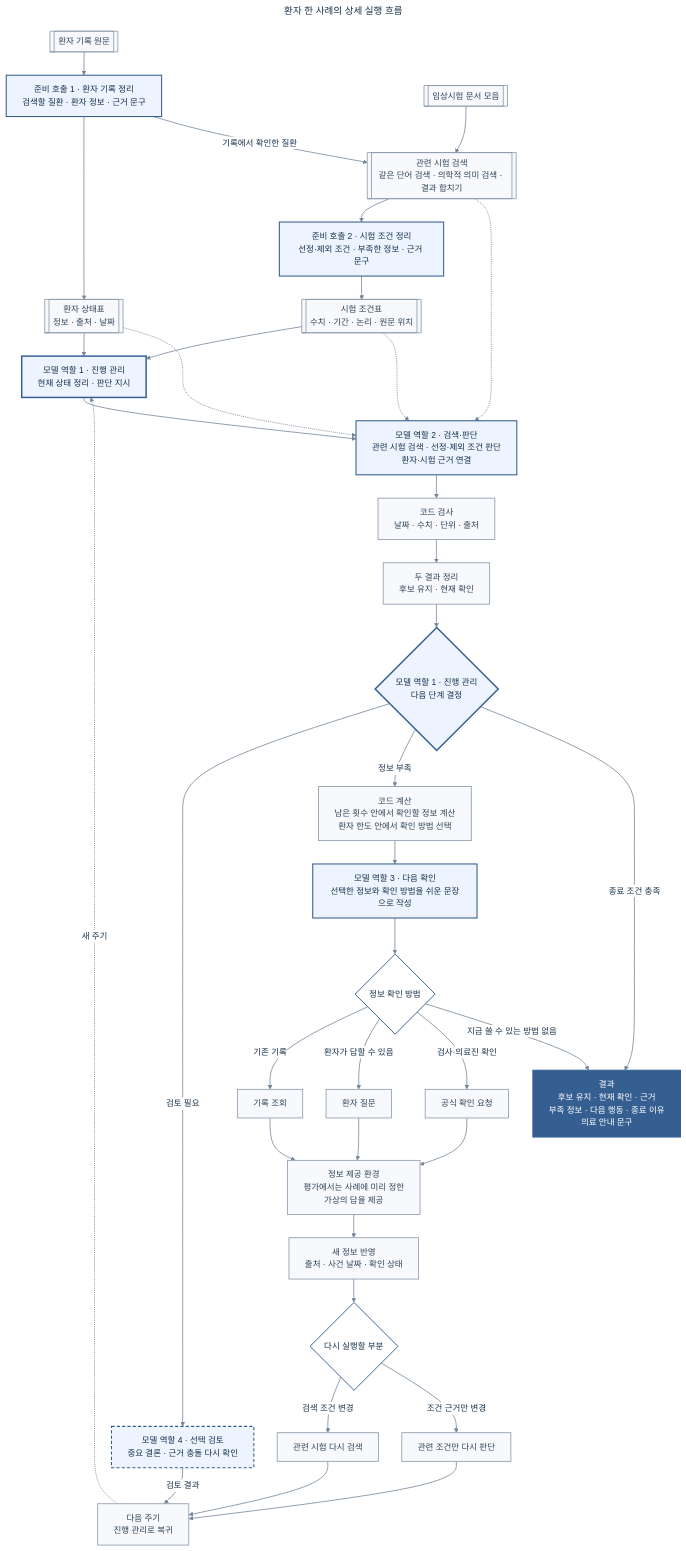
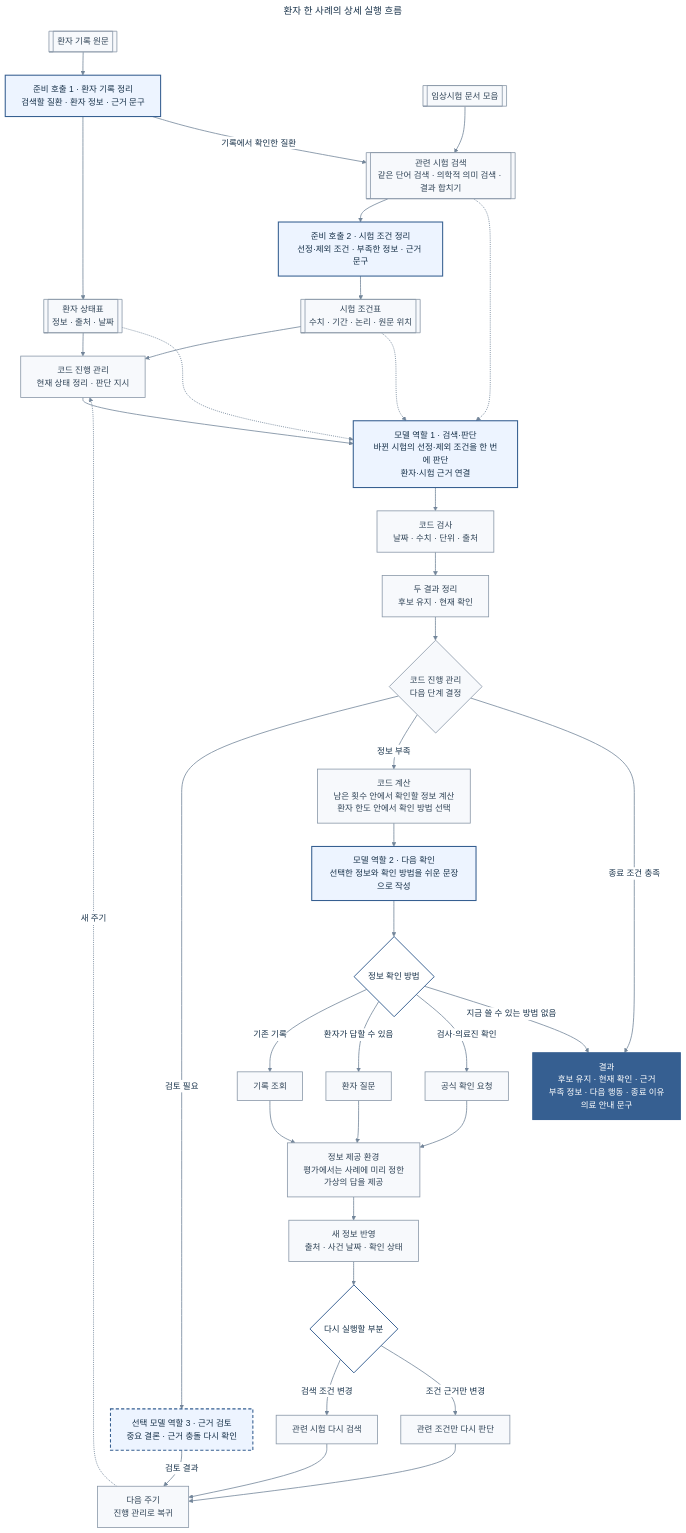
The diagram in docs/internal/diagrams/clarifytrial-detailed-workflow.mmd (health-agent/Clarifytrial), drawn with Mermaid before and after one commit. The commit also changed 39 other files, not shown here.

```diff
--- a/docs/internal/diagrams/clarifytrial-detailed-workflow.mmd
+++ b/docs/internal/diagrams/clarifytrial-detailed-workflow.mmd
@@ -1,99 +1,99 @@
 ---
 title: 환자 한 사례의 상세 실행 흐름
 config:
   theme: base
   flowchart:
     curve: basis
     nodeSpacing: 44
     rankSpacing: 44
     wrappingWidth: 250
   themeVariables:
     background: '#ffffff'
     primaryTextColor: '#18324a'
     lineColor: '#73869a'
     edgeLabelBackground: '#ffffff'
     fontFamily: 'Pretendard, Noto Sans KR, Malgun Gothic, sans-serif'
 ---
 flowchart TB
     PR[["환자 기록 원문"]]
     PS["준비 호출 1 · 환자 기록 정리<br/>검색할 질환 · 환자 정보 · 근거 문구"]
     P[["환자 상태표<br/>정보 · 출처 · 날짜"]]
     TC[["임상시험 문서 모음"]]
     R[["관련 시험 검색<br/>같은 단어 검색 · 의학적 의미 검색 · 결과 합치기"]]
     TS["준비 호출 2 · 시험 조건 정리<br/>선정·제외 조건 · 부족한 정보 · 근거 문구"]
     T[["시험 조건표<br/>수치 · 기간 · 논리 · 원문 위치"]]
 
-    A1S["모델 역할 1 · 진행 관리<br/>현재 상태 정리 · 판단 지시"]
-    A2["모델 역할 2 · 검색·판단<br/>관련 시험 검색 · 선정·제외 조건 판단<br/>환자·시험 근거 연결"]
+    A1S["코드 진행 관리<br/>현재 상태 정리 · 판단 지시"]
+    A2["모델 역할 1 · 검색·판단<br/>바뀐 시험의 선정·제외 조건을 한 번에 판단<br/>환자·시험 근거 연결"]
     C1["코드 검사<br/>날짜 · 수치 · 단위 · 출처"]
     C2["두 결과 정리<br/>후보 유지 · 현재 확인"]
-    A1D{"모델 역할 1 · 진행 관리<br/>다음 단계 결정"}
+    A1D{"코드 진행 관리<br/>다음 단계 결정"}
 
-    A4["모델 역할 4 · 선택 검토<br/>중요 결론 · 근거 충돌 다시 확인"]
+    A4["선택 모델 역할 3 · 근거 검토<br/>중요 결론 · 근거 충돌 다시 확인"]
     C3["코드 계산<br/>남은 횟수 안에서 확인할 정보 계산<br/>환자 한도 안에서 확인 방법 선택"]
-    A3["모델 역할 3 · 다음 확인<br/>선택한 정보와 확인 방법을 쉬운 문장으로 작성"]
+    A3["모델 역할 2 · 다음 확인<br/>선택한 정보와 확인 방법을 쉬운 문장으로 작성"]
     G{"정보 확인 방법"}
     L["기록 조회"]
     Q["환자 질문"]
     V["공식 확인 요청"]
     H["정보 제공 환경<br/>평가에서는 사례에 미리 정한<br/>가상의 답을 제공"]
     N["새 정보 반영<br/>출처 · 사건 날짜 · 확인 상태"]
     S{"다시 실행할 부분"}
     S1["관련 시험 다시 검색"]
     S2["관련 조건만 다시 판단"]
     M["다음 주기<br/>진행 관리로 복귀"]
     O["결과<br/>후보 유지 · 현재 확인 · 근거<br/>부족 정보 · 다음 행동 · 종료 이유<br/>의료 안내 문구"]
 
     PR --> PS
     PS --> P
     PS -->|기록에서 확인한 질환| R
     TC --> R
     R --> TS
     TS --> T
     T --> A1S
     P --> A1S
     A1S --> A2
     T -.-> A2
     P -.-> A2
     R -.-> A2
     A2 --> C1
     C1 --> C2
     C2 --> A1D
 
     A1D -->|검토 필요| A4
     A4 -->|검토 결과| M
     A1D -->|정보 부족| C3
     C3 --> A3
     A3 --> G
     G -->|기존 기록| L
     G -->|환자가 답할 수 있음| Q
     G -->|검사·의료진 확인| V
     L --> H
     Q --> H
     V --> H
     H --> N
     N --> S
     S -->|검색 조건 변경| S1
     S -->|조건 근거만 변경| S2
     S1 --> M
     S2 --> M
     M -.->|새 주기| A1S
 
     A1D -->|종료 조건 충족| O
     G -->|지금 쓸 수 있는 방법 없음| O
 
     classDef lead fill:#edf4ff,stroke:#365f91,stroke-width:2.8px,color:#18324a;
     classDef agent fill:#edf4ff,stroke:#365f91,stroke-width:2px,color:#18324a;
     classDef optional fill:#edf4ff,stroke:#365f91,stroke-width:2px,stroke-dasharray:6 4,color:#18324a;
     classDef shared fill:#f7f9fc,stroke:#8a98a8,stroke-width:1.5px,color:#304457;
     classDef decision fill:#ffffff,stroke:#365f91,stroke-width:1.8px,color:#18324a;
     classDef output fill:#365f91,stroke:#365f91,stroke-width:2px,color:#ffffff;
 
-    class A1S,A1D lead;
+    class A1S,A1D shared;
     class PS,TS,A2,A3 agent;
     class A4 optional;
     class PR,P,TC,R,T,C1,C2,C3,L,Q,V,H,N,S1,S2,M shared;
     class G,S decision;
     class O output;
 
     linkStyle default stroke:#73869a,stroke-width:1.5px;
```
